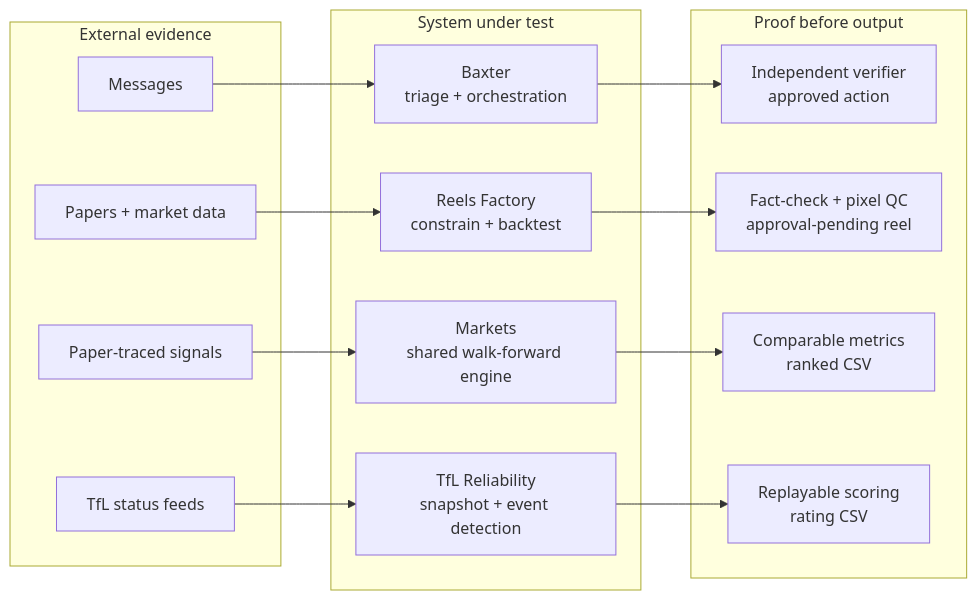
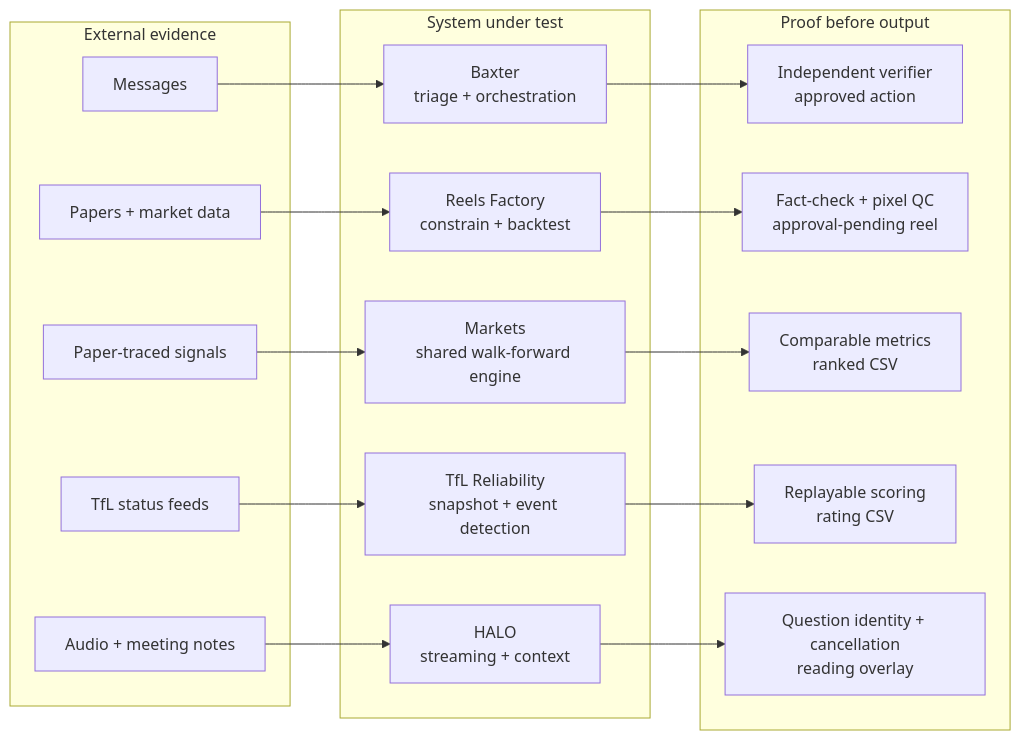
One commit to LolStar123/LolStar123 changed the diagram in README.md. Above: the diagram before and after it, drawn with Mermaid. The commit also changed other lines of this file, not shown here.

Commit message:
Feature HALO meeting helper with real UI preview

````diff
--- a/README.md
+++ b/README.md
@@ -71,25 +85,29 @@
 ```mermaid
 flowchart LR
     subgraph inputs["External evidence"]
         I1["Messages"]
         I2["Papers + market data"]
         I3["Paper-traced signals"]
         I4["TfL status feeds"]
+        I5["Audio + meeting notes"]
     end
     subgraph systems["System under test"]
         S1["Baxter<br/>triage + orchestration"]
         S2["Reels Factory<br/>constrain + backtest"]
         S3["Markets<br/>shared walk-forward engine"]
         S4["TfL Reliability<br/>snapshot + event detection"]
+        S5["HALO<br/>streaming + context"]
     end
     subgraph proof["Proof before output"]
         P1["Independent verifier<br/>approved action"]
         P2["Fact-check + pixel QC<br/>approval-pending reel"]
         P3["Comparable metrics<br/>ranked CSV"]
         P4["Replayable scoring<br/>rating CSV"]
+        P5["Question identity + cancellation<br/>reading overlay"]
     end
     I1 --> S1 --> P1
     I2 --> S2 --> P2
     I3 --> S3 --> P3
     I4 --> S4 --> P4
+    I5 --> S5 --> P5
 ```
````
